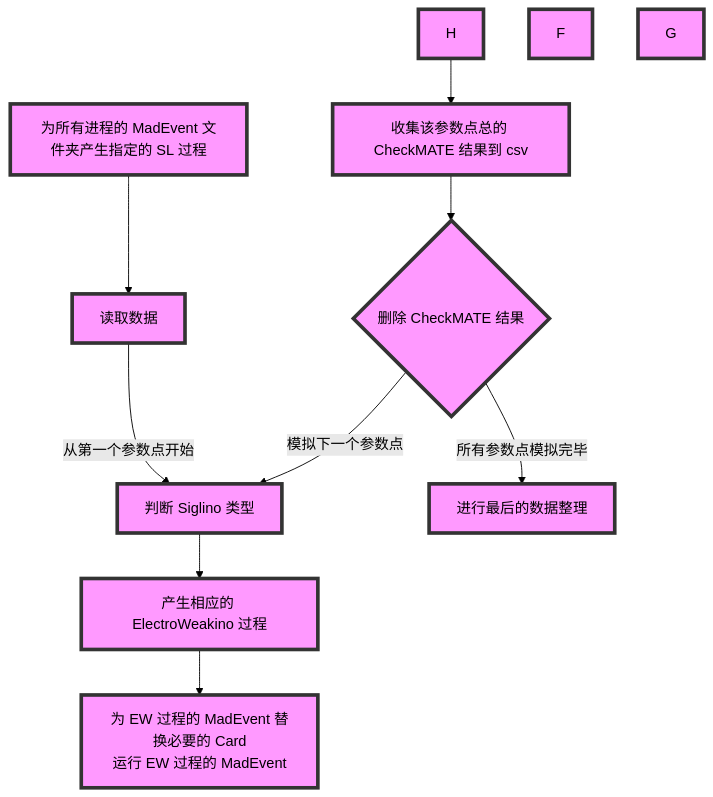
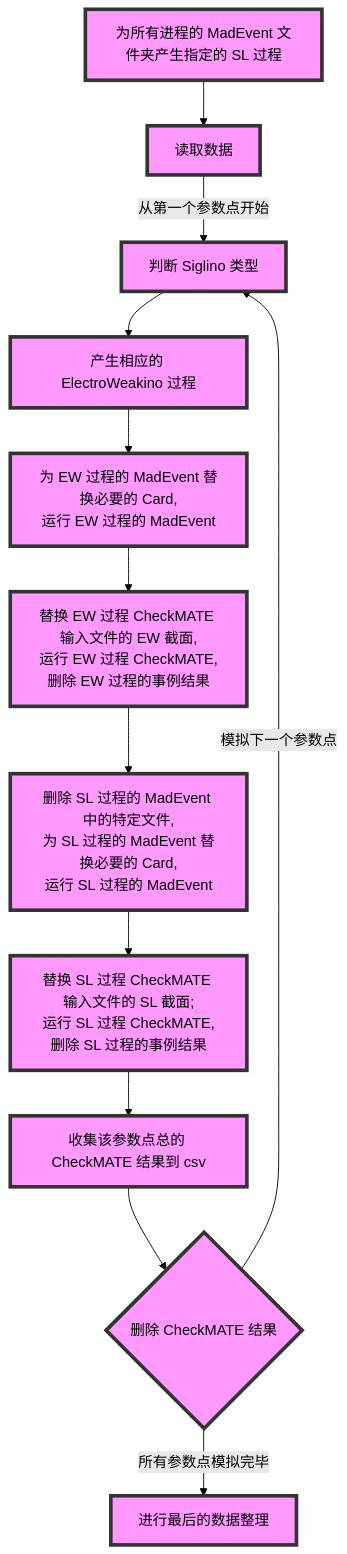
Before and after one commit to vooum/SUSYphe: the first of 10 diagrams in README.md, drawn with Mermaid (forest theme).

Commit message:
开始 Madgraph 和 Checkmate 控制程序的编写

````diff
--- a/README.md
+++ b/README.md
@@ -60,22 +60,25 @@
 ```mermaid
 graph TB
     A[为所有进程的 MadEvent 文件夹产生指定的 SL 过程] --> B[读取数据];
     B --> |从第一个参数点开始| C[判断 Siglino 类型];
     C --> D[产生相应的 ElectroWeakino 过程];
-    D --> E[为 EW 过程的 MadEvent 替换必要的 Card<br/>运行 EW 过程的 MadEvent];
+    D --> E[为 EW 过程的 MadEvent 替换必要的 Card,<br/>运行 EW 过程的 MadEvent];
+    E --> F[替换 EW 过程 CheckMATE 输入文件的 EW 截面,<br/>运行 EW 过程 CheckMATE,<br/>删除 EW 过程的事例结果];
+    F --> G[删除 SL 过程的 MadEvent 中的特定文件,<br/>为 SL 过程的 MadEvent 替换必要的 Card,<br/>运行 SL 过程的 MadEvent];
+    G --> H[替换 SL 过程 CheckMATE 输入文件的 SL 截面;<br/>运行 SL 过程 CheckMATE,<br/>删除 SL 过程的事例结果];
     H --> I[收集该参数点总的 CheckMATE 结果到 csv];
     I --> J{删除 CheckMATE 结果};
     J --> |模拟下一个参数点|C;
     J --> |所有参数点模拟完毕|K[进行最后的数据整理];
     style A fill:#f9f,stroke:#333,stroke-width:4px;
     style B fill:#f9f,stroke:#333,stroke-width:4px;
     style C fill:#f9f,stroke:#333,stroke-width:4px;
     style D fill:#f9f,stroke:#333,stroke-width:4px;
     style E fill:#f9f,stroke:#333,stroke-width:4px;
     style F fill:#f9f,stroke:#333,stroke-width:4px;
     style G fill:#f9f,stroke:#333,stroke-width:4px;
     style H fill:#f9f,stroke:#333,stroke-width:4px;
     style I fill:#f9f,stroke:#333,stroke-width:4px;
     style J fill:#f9f,stroke:#333,stroke-width:4px;
     style K fill:#f9f,stroke:#333,stroke-width:4px;
 ```
````
